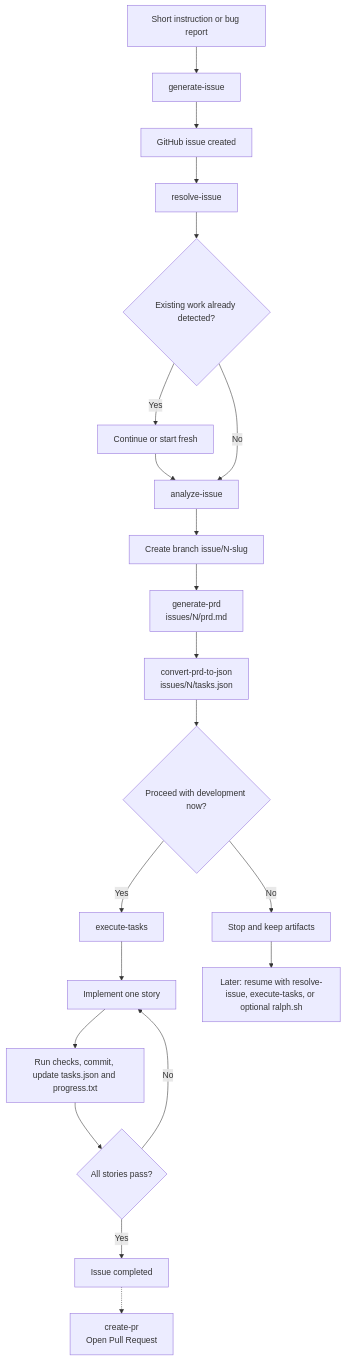
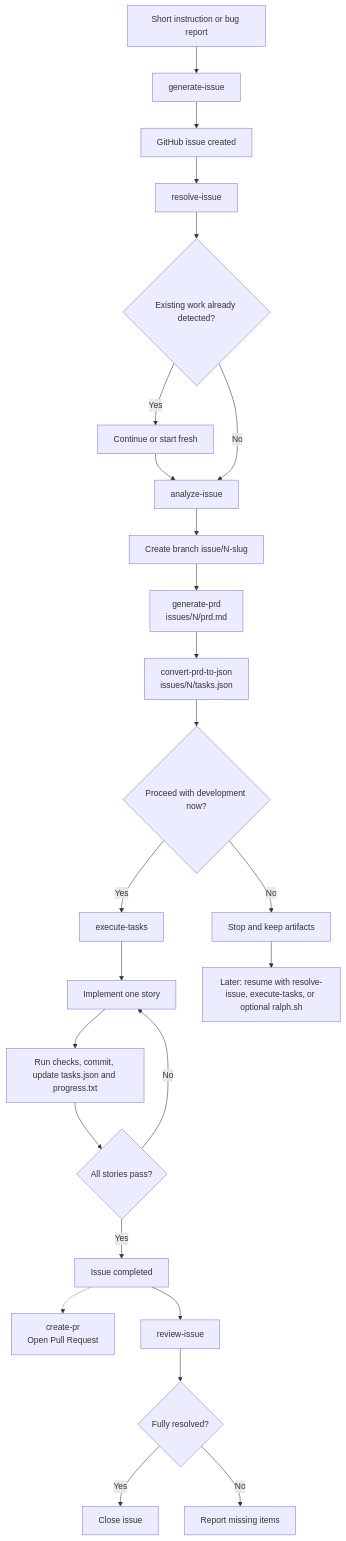
The diagram in README.md (fabioassuncao/issue-flow), drawn with Mermaid before and after one commit. The commit also changed other lines of this file and 5 other files, not shown here.

Commit message:
feat: Enhance issue resolution process with review-issue skill and update marketplace metadata

````diff
--- a/README.md
+++ b/README.md
@@ -19,23 +20,27 @@
 ```mermaid
 flowchart TD
     A[Short instruction or bug report] --> B[generate-issue]
     B --> C[GitHub issue created]
     C --> D[resolve-issue]
     D --> E{Existing work already detected?}
     E -- Yes --> E1[Continue or start fresh]
     E1 --> F[analyze-issue]
     E -- No --> F[analyze-issue]
     F --> G[Create branch issue/N-slug]
     G --> H[generate-prd<br/>issues/N/prd.md]
     H --> I[convert-prd-to-json<br/>issues/N/tasks.json]
     I --> J{Proceed with development now?}
     J -- Yes --> K[execute-tasks]
     K --> L[Implement one story]
     L --> M[Run checks, commit, update tasks.json and progress.txt]
     M --> N{All stories pass?}
     N -- No --> L
     N -- Yes --> O[Issue completed]
     O -.-> R[create-pr<br/>Open Pull Request]
+    O --> V[review-issue]
+    V --> S{Fully resolved?}
+    S -- Yes --> T[Close issue]
+    S -- No --> U[Report missing items]
     J -- No --> P[Stop and keep artifacts]
     P --> Q[Later: resume with resolve-issue, execute-tasks, or optional ralph.sh]
 ```
````
